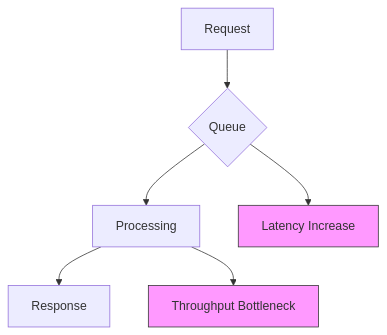
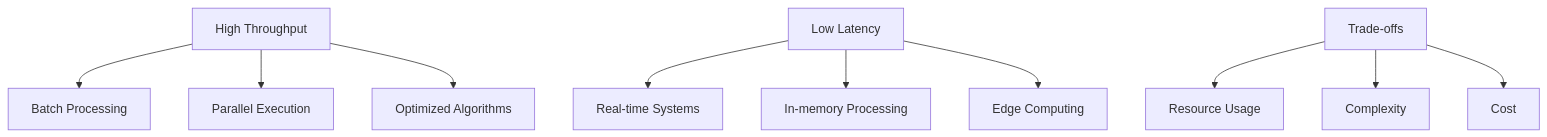
The diagram in latency-and-throughput-zero-to-hero/README.md (VrushankPatel/interview-matters), drawn with Mermaid before and after one commit. The commit also changed other lines of this file and 4 other files, not shown here.

Commit message:
kb: add/update topics replication-vs-sharding-vs-partitioning, caching, latency-and-throughput-zero-to-hero, monitoring-and-logging, async-logging

````diff
--- a/latency-and-throughput-zero-to-hero/README.md
+++ b/latency-and-throughput-zero-to-hero/README.md
@@ -35,10 +40,14 @@
 ```mermaid
 graph TD
-    A[Request] --> B{Queue}
-    B --> C[Processing]
-    C --> D[Response]
-    B --> E[Latency Increase]
-    C --> F[Throughput Bottleneck]
-    style E fill:#f9f,stroke:#333
-    style F fill:#f9f,stroke:#333
+    A[High Throughput] --> B[Batch Processing]
+    A --> C[Parallel Execution]
+    A --> D[Optimized Algorithms]
+    
+    E[Low Latency] --> F[Real-time Systems]
+    E --> G[In-memory Processing]
+    E --> H[Edge Computing]
+    
+    I[Trade-offs] --> J[Resource Usage]
+    I --> K[Complexity]
+    I --> L[Cost]
 ```
````
